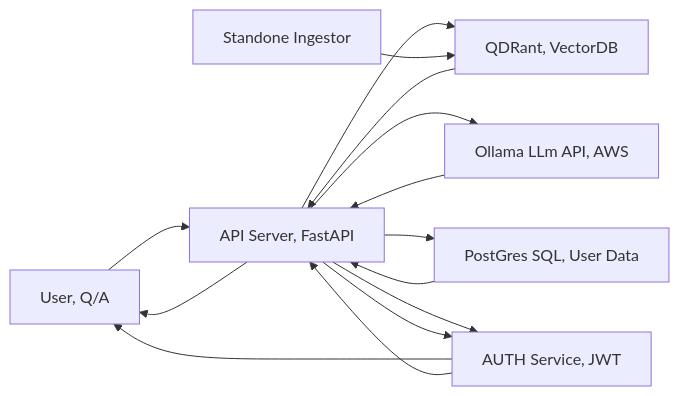
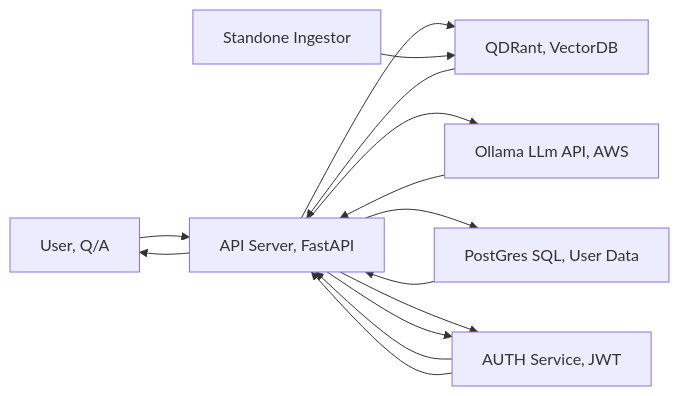
Before and after one commit to aqrpole/erutalia: the diagram in README.md, drawn with Mermaid.

Commit message:
Readme small change

````diff
--- a/README.md
+++ b/README.md
@@ -5,16 +5,16 @@
 ```mermaid
 graph LR
 A[User, Q/A] --> C
 C[API Server, FastAPI] --> A
 C --> D[QDRant, VectorDB]
 C --> E[Ollama LLm API, AWS]
 C --> F[PostGres SQL, User Data]
 G[Standone Ingestor] --> D
 D --> C
 F --> C
 E --> C
 C --> B
-B --> A
 B[AUTH Service, JWT ] --> C
+B --> C
 C --> B
 ```
````
